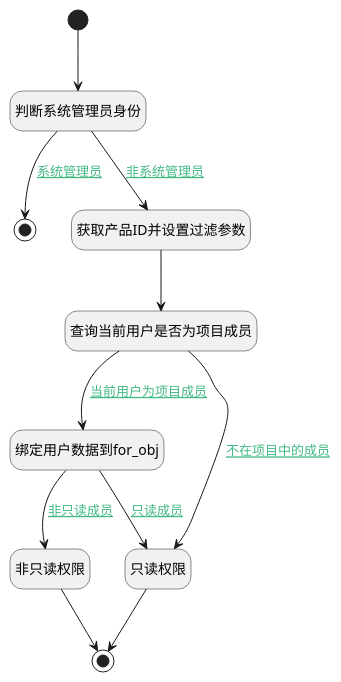
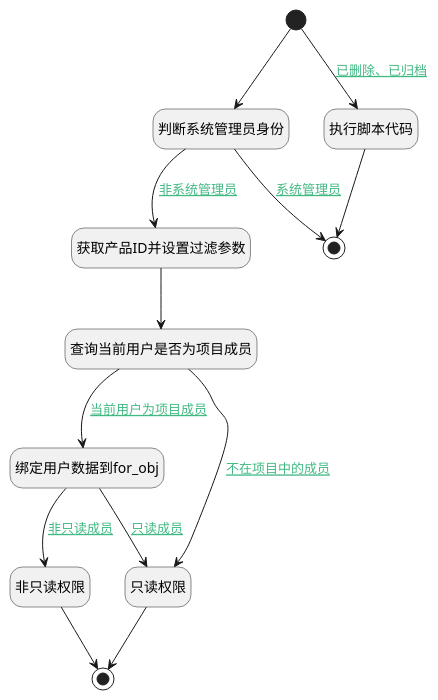
The diagram in doc/docsify/module/ProjMgmt/project/logic/get_project_member_one.md (iBizLab/plm), drawn with PlantUML before and after one commit. The commit also changed other lines of this file and 862 other files, not shown here.

````diff
--- a/doc/docsify/module/ProjMgmt/project/logic/get_project_member_one.md
+++ b/doc/docsify/module/ProjMgmt/project/logic/get_project_member_one.md
@@ -7,35 +7,38 @@
 ```plantuml
 @startuml
 hide empty description
 <style>
 root {
   HyperlinkColor #42b983
 }
 </style>
 
 hide empty description
 state "开始" as Begin <<start>> [[$./get_project_member_one#begin {"开始"}]]
 state "判断系统管理员身份" as RAWSFCODE3  [[$./get_project_member_one#rawsfcode3 {"判断系统管理员身份"}]]
 state "结束" as END2 <<end>> [[$./get_project_member_one#end2 {"结束"}]]
 state "获取产品ID并设置过滤参数" as PREPAREPARAM2  [[$./get_project_member_one#prepareparam2 {"获取产品ID并设置过滤参数"}]]
 state "查询当前用户是否为项目成员" as DEDATASET3  [[$./get_project_member_one#dedataset3 {"查询当前用户是否为项目成员"}]]
 state "绑定用户数据到for_obj" as PREPAREPARAM5  [[$./get_project_member_one#prepareparam5 {"绑定用户数据到for_obj"}]]
 state "只读权限" as RAWSFCODE1  [[$./get_project_member_one#rawsfcode1 {"只读权限"}]]
 state "非只读权限" as RAWSFCODE2  [[$./get_project_member_one#rawsfcode2 {"非只读权限"}]]
 state "结束" as END6 <<end>> [[$./get_project_member_one#end6 {"结束"}]]
+state "执行脚本代码" as RAWSFCODE4  [[$./get_project_member_one#rawsfcode4 {"执行脚本代码"}]]
 
 
+Begin --> RAWSFCODE4 : [[$./get_project_member_one#begin-rawsfcode4{已删除、已归档} 已删除、已归档]]
+RAWSFCODE4 --> END2
 Begin --> RAWSFCODE3
 RAWSFCODE3 --> PREPAREPARAM2 : [[$./get_project_member_one#rawsfcode3-prepareparam2{非系统管理员} 非系统管理员]]
 PREPAREPARAM2 --> DEDATASET3
 DEDATASET3 --> RAWSFCODE1 : [[$./get_project_member_one#dedataset3-rawsfcode1{不在项目中的成员} 不在项目中的成员]]
 RAWSFCODE1 --> END6
 DEDATASET3 --> PREPAREPARAM5 : [[$./get_project_member_one#dedataset3-prepareparam5{当前用户为项目成员} 当前用户为项目成员]]
 PREPAREPARAM5 --> RAWSFCODE2 : [[$./get_project_member_one#prepareparam5-rawsfcode2{非只读成员} 非只读成员]]
 RAWSFCODE2 --> END6
 PREPAREPARAM5 --> RAWSFCODE1 : [[$./get_project_member_one#prepareparam5-rawsfcode1{只读成员} 只读成员]]
 RAWSFCODE3 --> END2 : [[$./get_project_member_one#rawsfcode3-end2{系统管理员} 系统管理员]]
 
 
 @enduml
 ```
````
